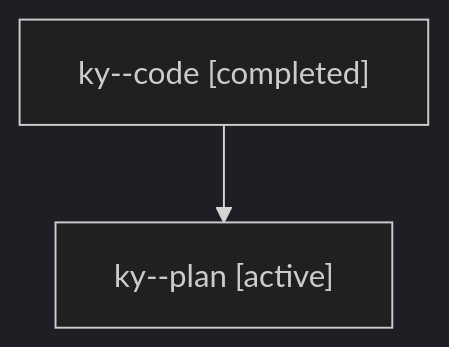
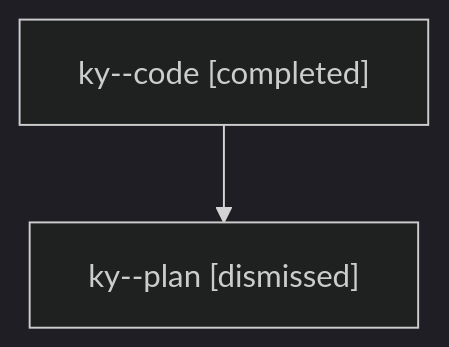
Before and after one commit to sase-org/sase--agents: the diagram in sessions/bbugyi200.athena.ky.md, drawn with Mermaid (dark theme). The commit also changed other lines of this file and 50 other files, not shown here.

````diff
--- a/sessions/bbugyi200.athena.ky.md
+++ b/sessions/bbugyi200.athena.ky.md
@@ -9,6 +9,6 @@
 ```mermaid
 flowchart TD
   n0["ky--code [completed]"]
-  n1["ky--plan [active]"]
+  n1["ky--plan [dismissed]"]
   n0 --> n1
 ```
````
